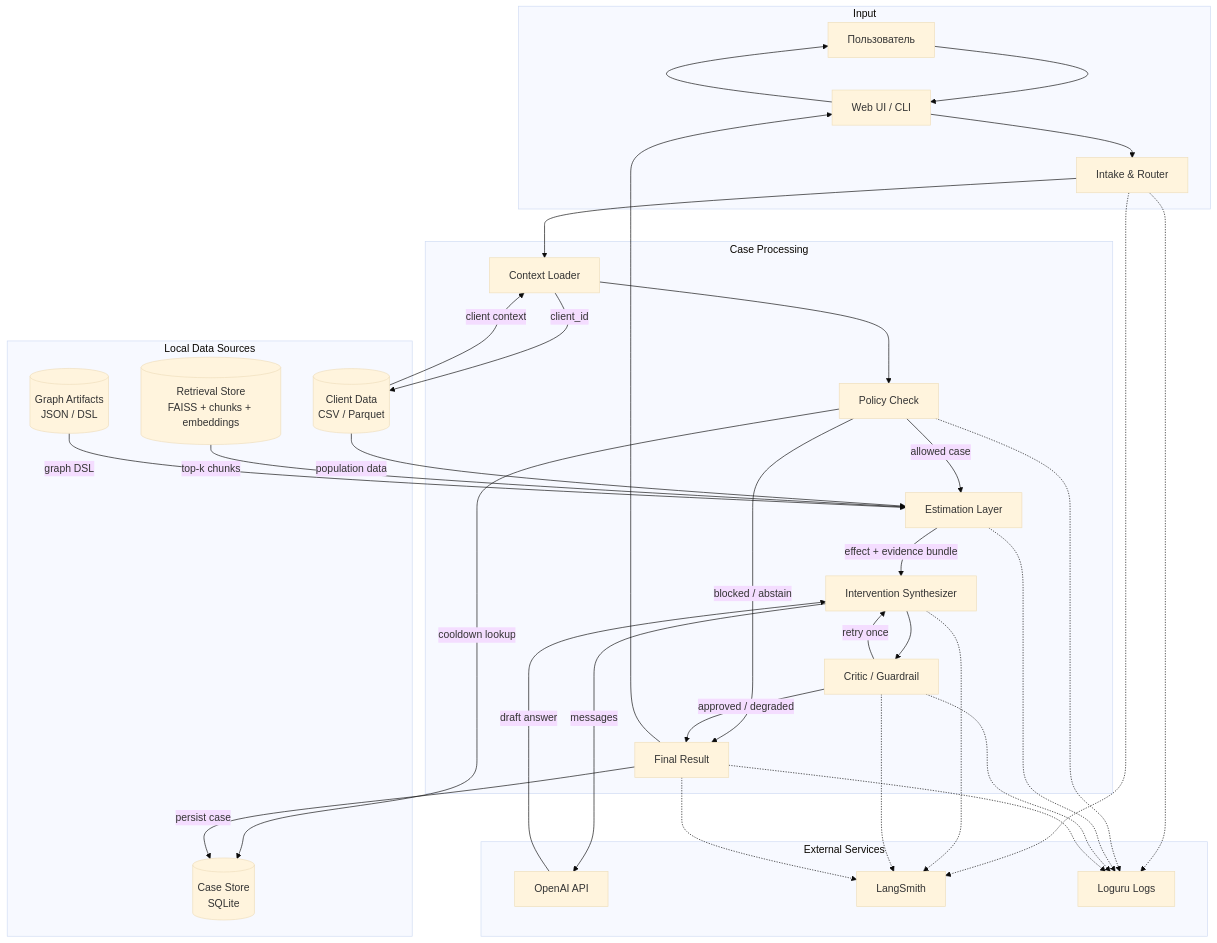
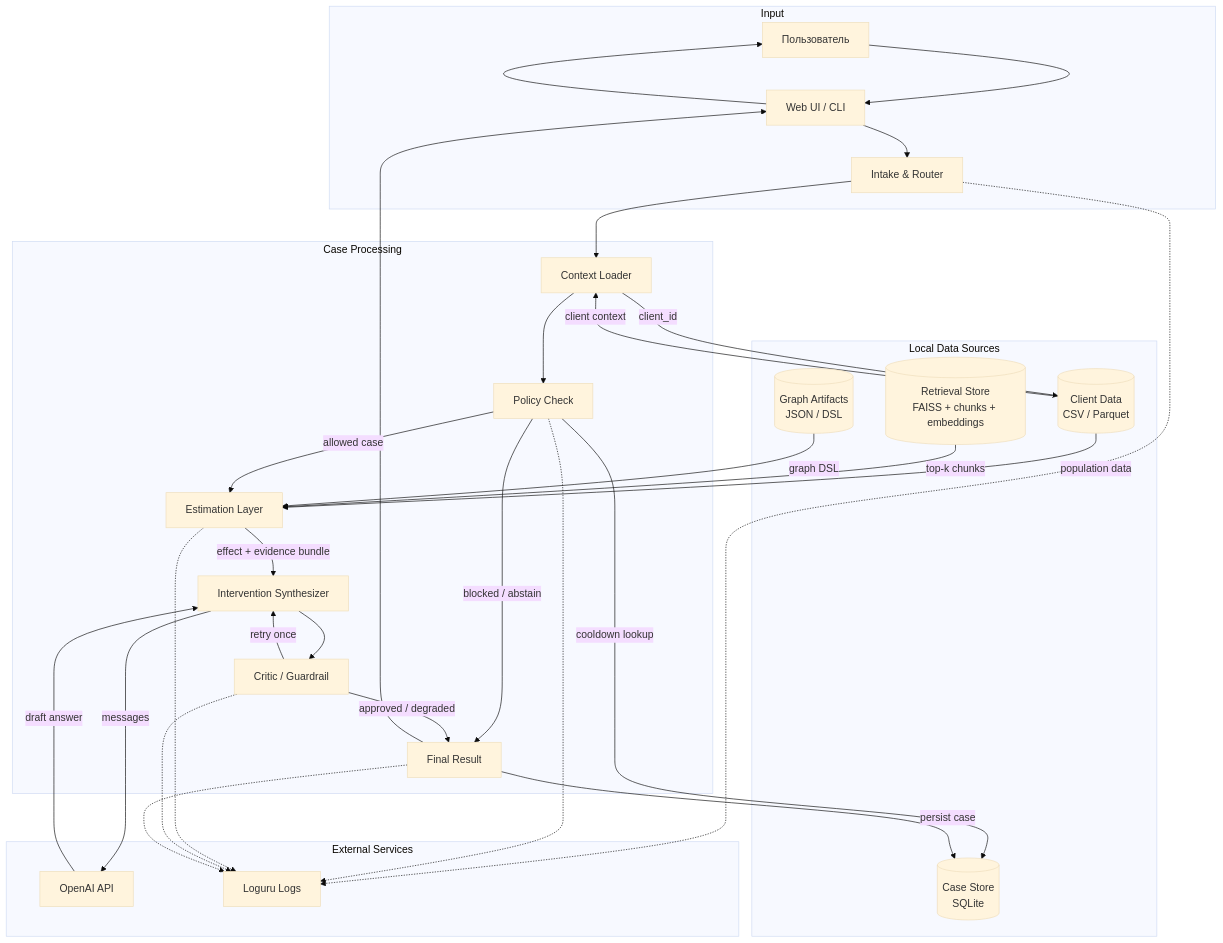
Before and after one commit to alllyuk/uplift-agent: the diagram in docs/diagrams/data-flow.md, drawn with Mermaid (base theme). The commit also changed 14 other files, not shown here.

````diff
--- a/docs/diagrams/data-flow.md
+++ b/docs/diagrams/data-flow.md
@@ -7,65 +7,59 @@
 ```mermaid
 flowchart TD
     subgraph INPUT ["Input"]
         USER["Пользователь"] --> UI["Web UI / CLI"]
         UI --> INTAKE["Intake & Router"]
     end
 
     subgraph SOURCES ["Local Data Sources"]
         CLIENTS[("Client Data<br/>CSV / Parquet")]
         RETRIEVAL[("Retrieval Store<br/>FAISS + chunks + embeddings")]
         GRAPH[("Graph Artifacts<br/>JSON / DSL")]
         CASES[("Case Store<br/>SQLite")]
     end
 
     subgraph PROCESS ["Case Processing"]
         CONTEXT["Context Loader"]
         POLICY["Policy Check"]
         EVIDENCE["Estimation Layer"]
         SYNTH["Intervention Synthesizer"]
         CRITIC["Critic / Guardrail"]
         RESULT["Final Result"]
     end
 
     subgraph EXTERNAL ["External Services"]
         OPENAI["OpenAI API"]
-        LANGSMITH["LangSmith"]
         LOGS["Loguru Logs"]
     end
 
     INTAKE --> CONTEXT
     CONTEXT --> POLICY
     POLICY -->|allowed case| EVIDENCE
     POLICY -->|blocked / abstain| RESULT
 
     CONTEXT -->|client_id| CLIENTS
     CLIENTS -->|client context| CONTEXT
 
     POLICY -->|cooldown lookup| CASES
 
     CLIENTS -->|population data| EVIDENCE
     RETRIEVAL -->|top-k chunks| EVIDENCE
     GRAPH -->|graph DSL| EVIDENCE
 
     EVIDENCE -->|effect + evidence bundle| SYNTH
     SYNTH -->|messages| OPENAI
     OPENAI -->|draft answer| SYNTH
     SYNTH --> CRITIC
     CRITIC -->|retry once| SYNTH
     CRITIC -->|approved / degraded| RESULT
 
     RESULT --> UI
     UI --> USER
     RESULT -->|persist case| CASES
 
     INTAKE -.-> LOGS
     POLICY -.-> LOGS
     EVIDENCE -.-> LOGS
     CRITIC -.-> LOGS
     RESULT -.-> LOGS
-
-    INTAKE -.-> LANGSMITH
-    SYNTH -.-> LANGSMITH
-    CRITIC -.-> LANGSMITH
-    RESULT -.-> LANGSMITH
 ```
````
